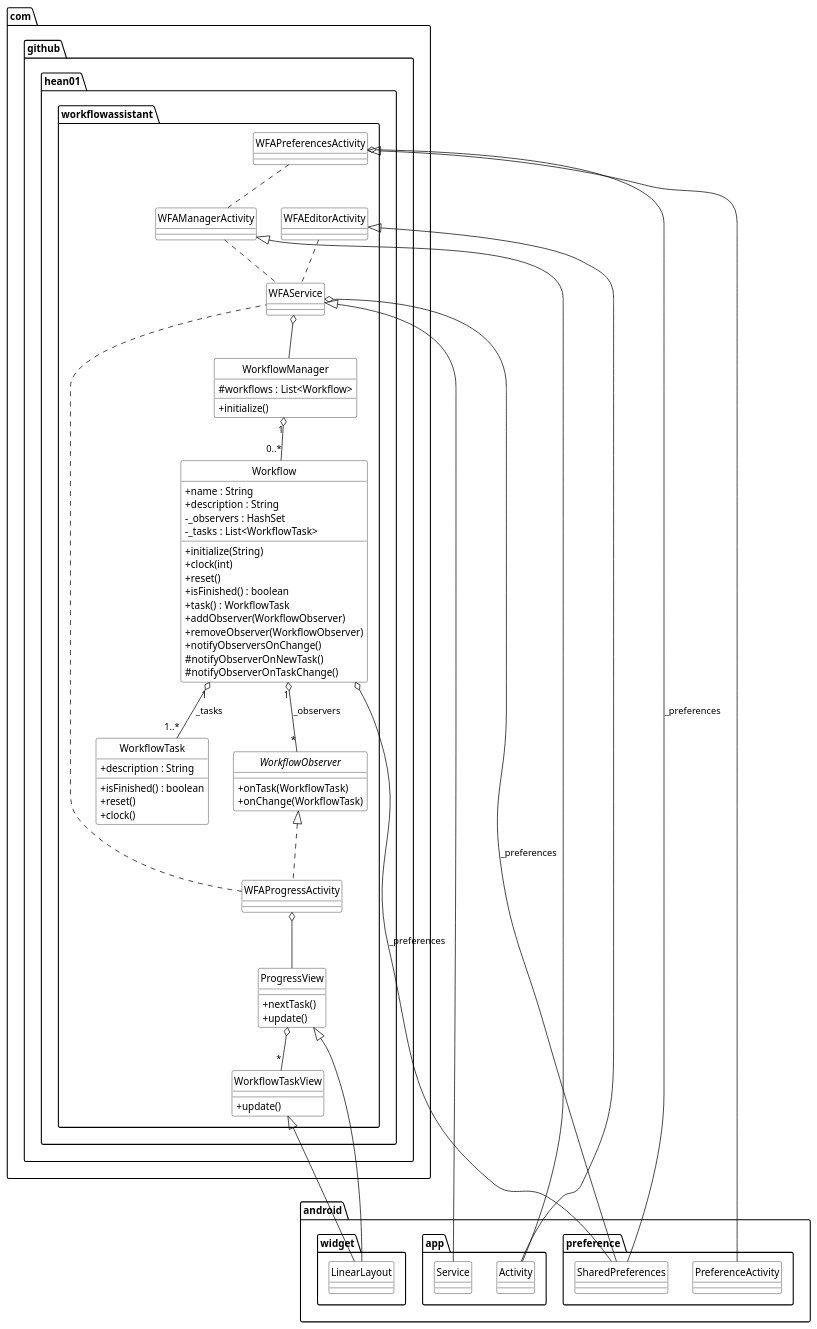
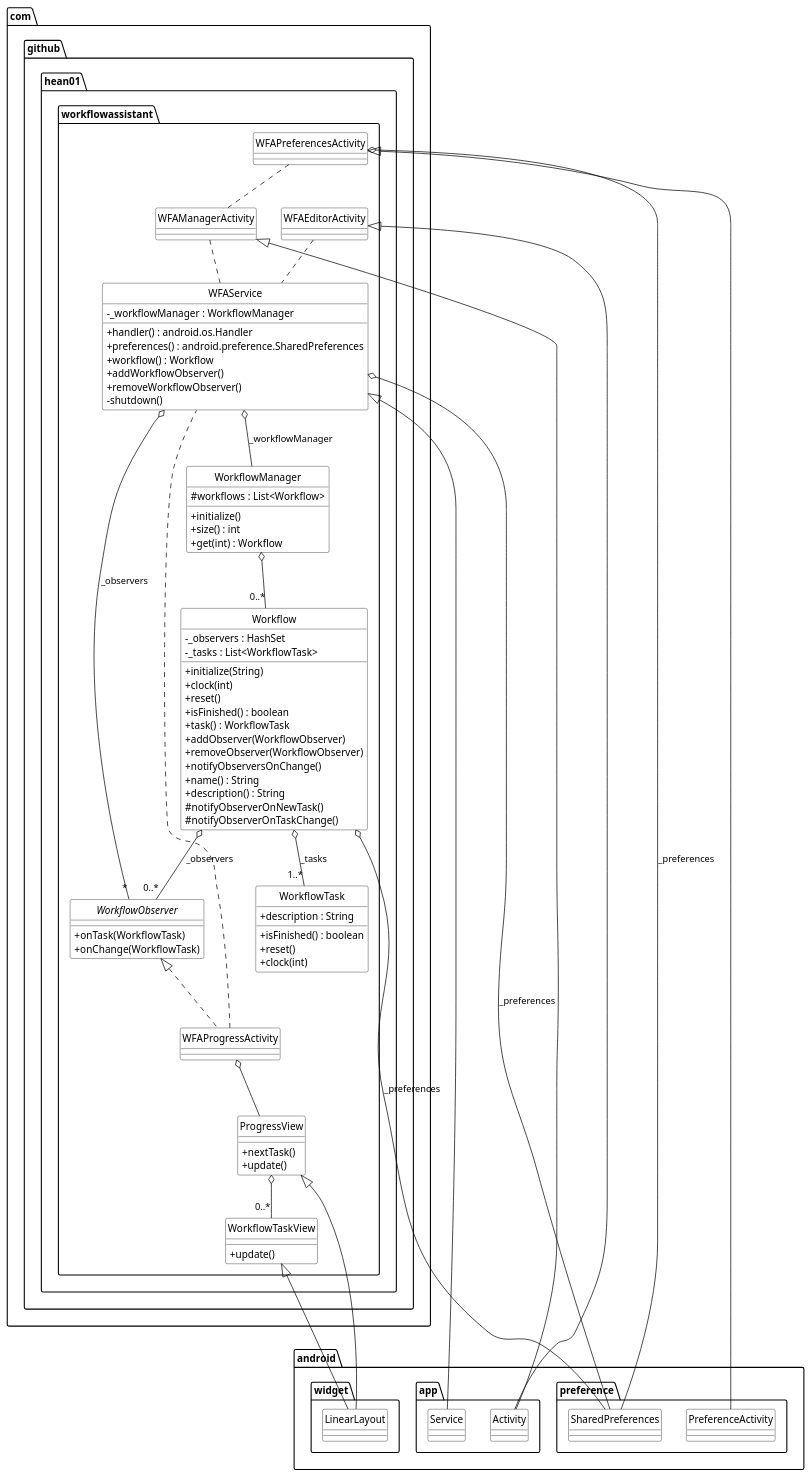
Before and after one commit to hean01/wfa: the diagram in docs/internals.org, drawn with PlantUML.

Commit message:
Updated internals doc.

```diff
--- a/docs/internals.org
+++ b/docs/internals.org
@@ -91,6 +91,13 @@
 
 package com.github.hean01.workflowassistant {
 class WFAService {
+ - _workflowManager : WorkflowManager
+ + handler() : android.os.Handler
+ + preferences() : android.preference.SharedPreferences
+ + workflow() : Workflow
+ + addWorkflowObserver()
+ + removeWorkflowObserver()
+ - shutdown()
 }
 
 class WFAManagerActivity {
@@ -116,6 +123,8 @@
 
 class WorkflowManager {
   + initialize()
+  + size() : int
+  + get(int) : Workflow
   # workflows : List<Workflow>
 }
 
@@ -128,8 +137,8 @@
  + addObserver(WorkflowObserver)
  + removeObserver(WorkflowObserver)
  + notifyObserversOnChange()
- + name : String
- + description : String
+ + name() : String
+ + description() : String
  # notifyObserverOnNewTask()
  # notifyObserverOnTaskChange()
  - _observers : HashSet
@@ -145,7 +154,7 @@
   + description : String
   + isFinished() : boolean
   + reset()
-  + clock()
+  + clock(int)
 }
 }
 
@@ -162,13 +171,14 @@
 WFAEditorActivity <|-- android.app.Activity
 WorkflowObserver <|.. WFAProgressActivity
 WFAService <|-- android.app.Service
-WFAService o-- WorkflowManager
+WFAService o-- WorkflowManager : _workflowManager
 WFAService o-- android.preference.SharedPreferences : _preferences
-WorkflowManager "1" o-- "0..*" Workflow
-Workflow "1" o-- "*" WorkflowObserver : _observers
-Workflow "1" o-- "1..*" WorkflowTask : _tasks
+WFAService o-- "*" WorkflowObserver : _observers
+WorkflowManager o-- "0..*" Workflow
+Workflow o-- "0..*" WorkflowObserver : _observers
+Workflow o-- "1..*" WorkflowTask : _tasks
 Workflow o-- android.preference.SharedPreferences : _preferences
-ProgressView o-- "*" WorkflowTaskView
+ProgressView o-- "0..*" WorkflowTaskView
 ProgressView <|-- android.widget.LinearLayout
 WorkflowTaskView <|-- android.widget.LinearLayout
 #+END_SRC
```
